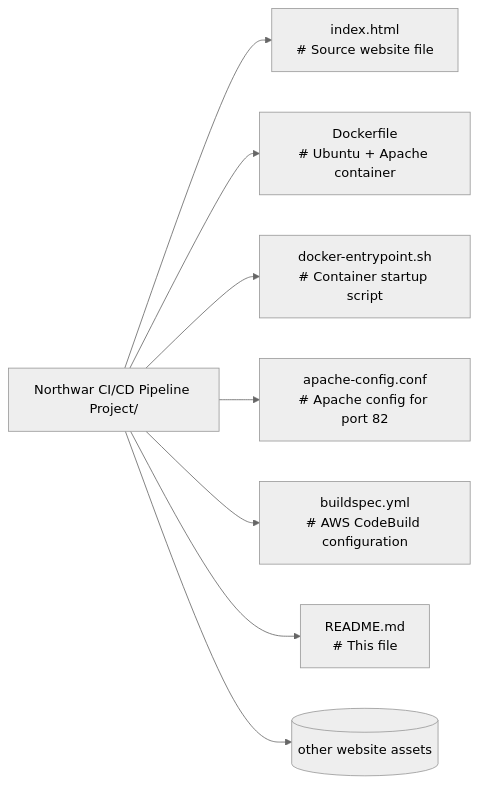
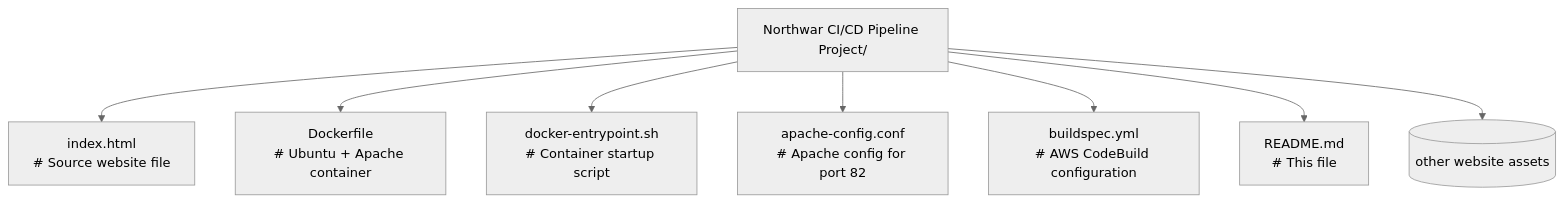
The second of 2 diagrams in README.md (AdeshYadav8918/Northwar-Pipeline-Project), drawn with Mermaid (neutral theme) before and after one commit. The commit also changed other lines of this file, not shown here.

Commit message:
README.md file updated

````diff
--- a/README.md
+++ b/README.md
@@ -39,10 +38,10 @@
 ```mermaid
-flowchart LR
+flowchart TD
 A[Northwar CI/CD Pipeline Project/] --> B[index.html<br/># Source website file]
     A --> C[Dockerfile<br/># Ubuntu + Apache container]
     A --> D[docker-entrypoint.sh<br/># Container startup script]
     A --> E[apache-config.conf<br/># Apache config for port 82]
     A --> F[buildspec.yml<br/># AWS CodeBuild configuration]
     A --> G[README.md<br/># This file]
     A --> H[(other website assets)]
 ```
````
